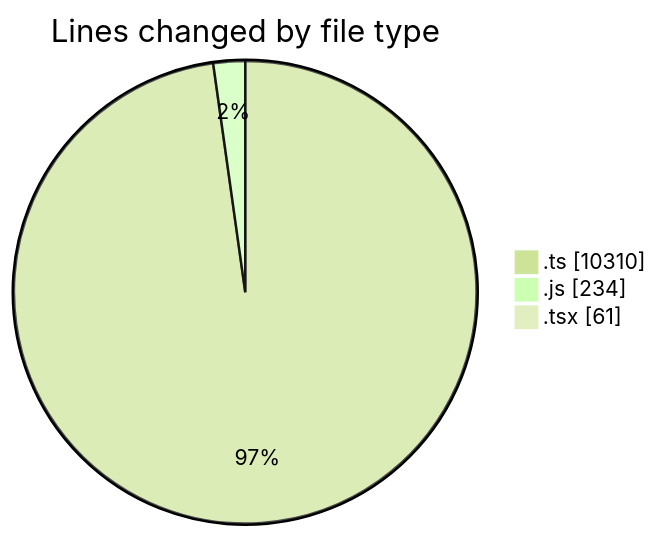
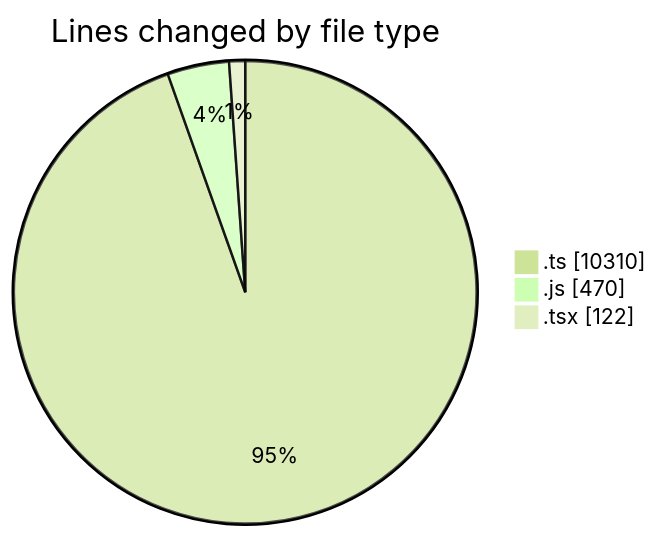
Before and after one commit to momahboobian/code-tracking: the first of 2 diagrams in 2025-11-12/cda/README.md, drawn with Mermaid (forest theme). The commit also changed other lines of this file and 1 other file, not shown here.

````diff
--- a/2025-11-12/cda/README.md
+++ b/2025-11-12/cda/README.md
@@ -28,7 +28,7 @@
 ```mermaid
 pie showData
 title Lines changed by file type
 ".ts" : 10310
-".js" : 234
-".tsx" : 61
+".js" : 470
+".tsx" : 122
 ```
````
